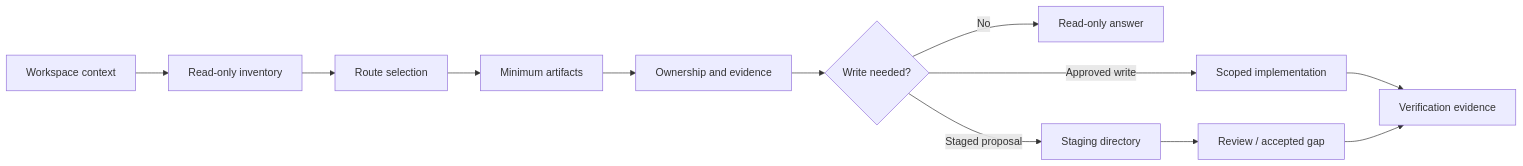
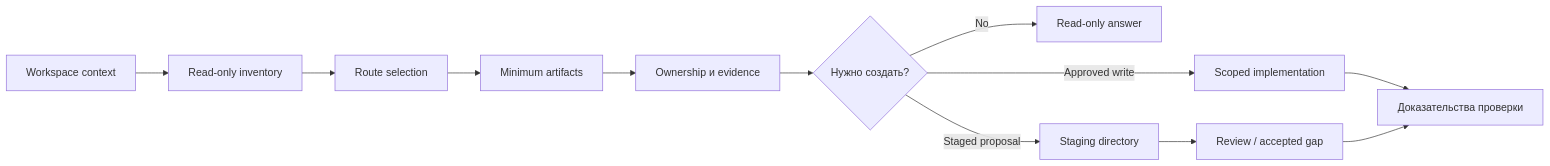
The first of 9 diagrams in docs/product-agent-os/architecture.md (alexroadcaster/product-agent-os), drawn with Mermaid before and after one commit. The commit also changed other lines of this file and 447 other files, not shown here.

````diff
--- a/docs/product-agent-os/architecture.md
+++ b/docs/product-agent-os/architecture.md
@@ -29,14 +29,14 @@
 ```mermaid
 flowchart LR
     A["Workspace context"] --> B["Read-only inventory"]
     B --> C["Route selection"]
     C --> D["Minimum artifacts"]
-    D --> E["Ownership and evidence"]
-    E --> F{"Write needed?"}
+    D --> E["Ownership и evidence"]
+    E --> F{"Нужно создать?"}
     F -->|No| G["Read-only answer"]
     F -->|Staged proposal| H["Staging directory"]
     F -->|Approved write| I["Scoped implementation"]
     H --> J["Review / accepted gap"]
-    I --> K["Verification evidence"]
+    I --> K["Доказательства проверки"]
     J --> K
 ```
````
